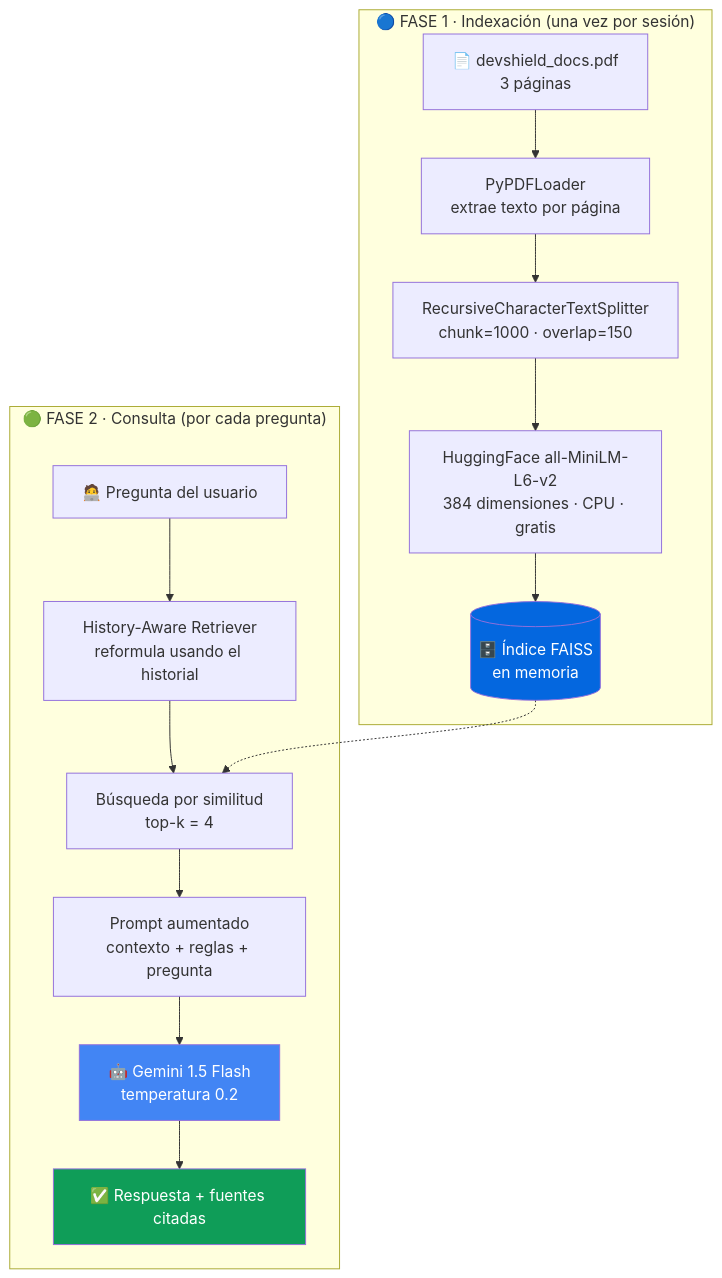
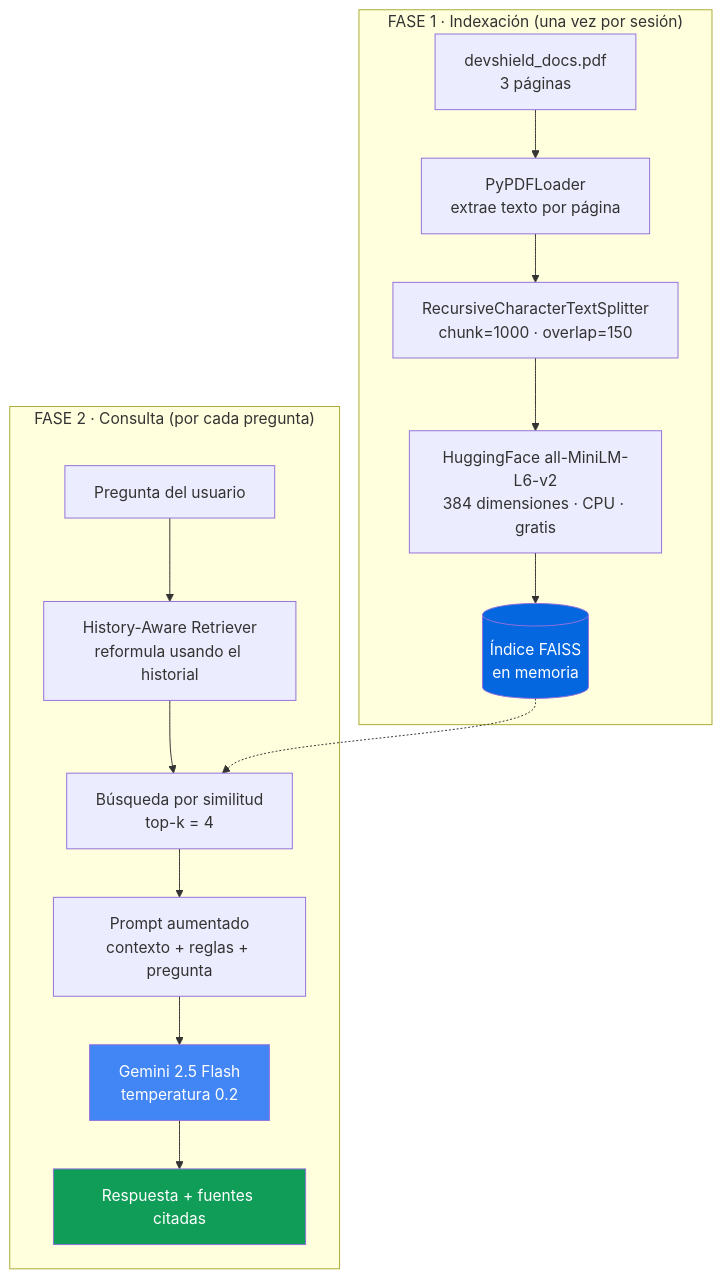
The diagram in README.md (WalterCasia/DevShield-SaaS), drawn with Mermaid before and after one commit. The commit also changed other lines of this file and 4 other files, not shown here.

````diff
--- a/README.md
+++ b/README.md
@@ -68,22 +68,22 @@
 ```mermaid
 graph TD
-    subgraph FASE_1["🔵 FASE 1 · Indexación (una vez por sesión)"]
-        A["📄 devshield_docs.pdf<br/>3 páginas"] --> B["PyPDFLoader<br/>extrae texto por página"]
+    subgraph FASE_1["FASE 1 · Indexación (una vez por sesión)"]
+        A["devshield_docs.pdf<br/>3 páginas"] --> B["PyPDFLoader<br/>extrae texto por página"]
         B --> C["RecursiveCharacterTextSplitter<br/>chunk=1000 · overlap=150"]
         C --> D["HuggingFace all-MiniLM-L6-v2<br/>384 dimensiones · CPU · gratis"]
-        D --> E[("🗄️ Índice FAISS<br/>en memoria")]
+        D --> E[("Índice FAISS<br/>en memoria")]
     end
 
-    subgraph FASE_2["🟢 FASE 2 · Consulta (por cada pregunta)"]
-        F["🧑‍💻 Pregunta del usuario"] --> G["History-Aware Retriever<br/>reformula usando el historial"]
+    subgraph FASE_2["FASE 2 · Consulta (por cada pregunta)"]
+        F["Pregunta del usuario"] --> G["History-Aware Retriever<br/>reformula usando el historial"]
         G --> H["Búsqueda por similitud<br/>top-k = 4"]
         E -.-> H
         H --> I["Prompt aumentado<br/>contexto + reglas + pregunta"]
-        I --> J["🤖 Gemini 1.5 Flash<br/>temperatura 0.2"]
-        J --> K["✅ Respuesta + fuentes citadas"]
+        I --> J["Gemini 2.5 Flash<br/>temperatura 0.2"]
+        J --> K["Respuesta + fuentes citadas"]
     end
 
     style E fill:#0467DF,color:#fff
     style J fill:#4285F4,color:#fff
     style K fill:#0f9d58,color:#fff
 ```
````
